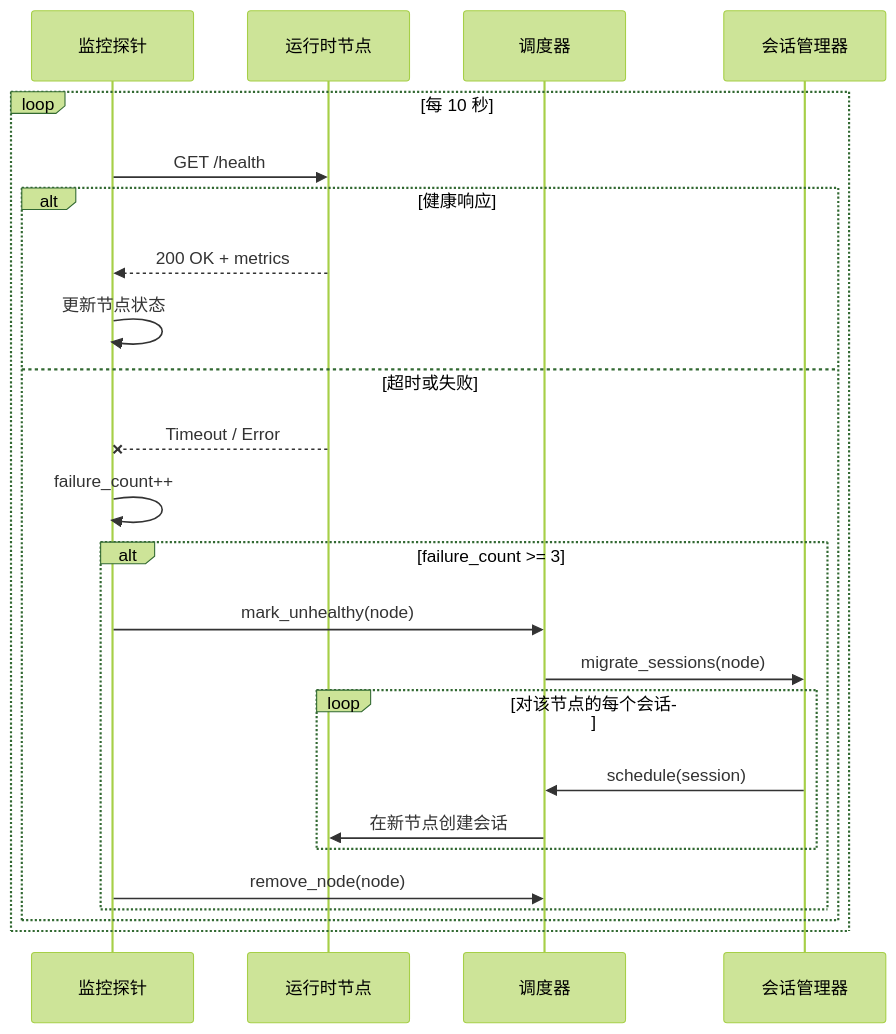
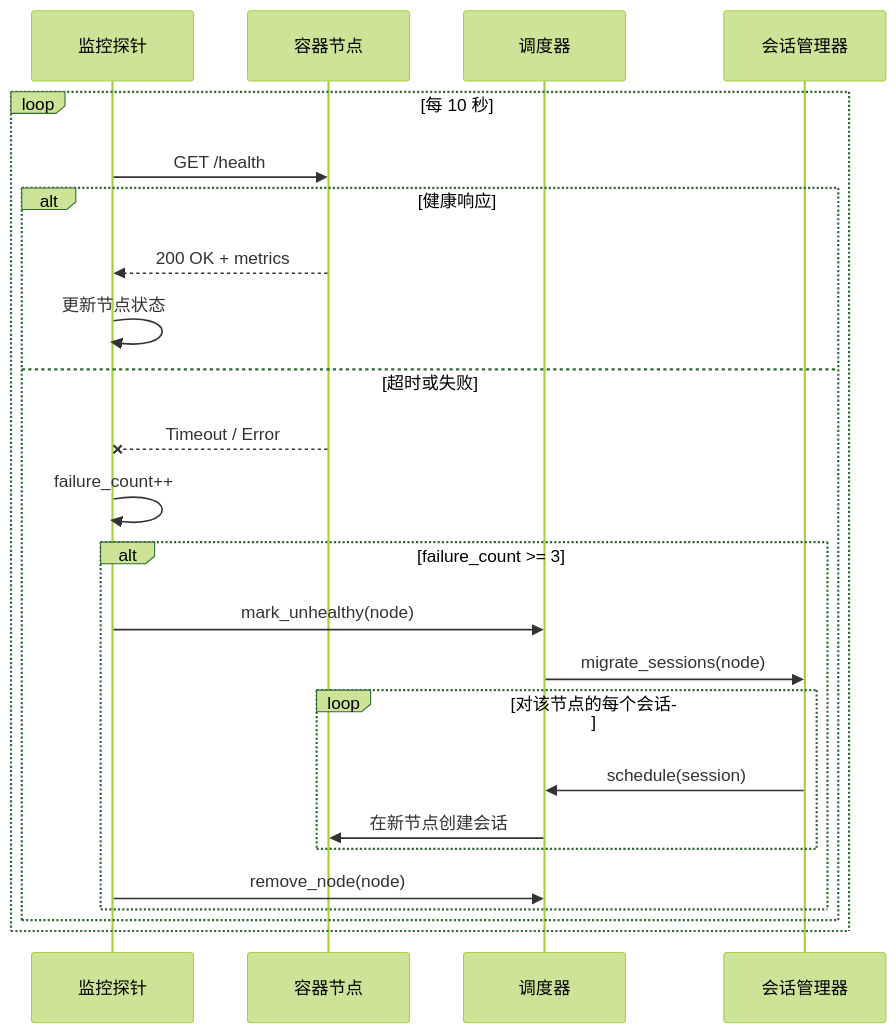
The sixth of 13 diagrams in docs/sandbox-design-v2.1.md (kweaver-ai/sandbox), drawn with Mermaid (forest theme) before and after one commit. The commit also changed other lines of this file and 8 other files, not shown here.

````diff
--- a/docs/sandbox-design-v2.1.md
+++ b/docs/sandbox-design-v2.1.md
@@ -1716,31 +1713,31 @@
 ```mermaid
 sequenceDiagram
     participant Probe as 监控探针
-    participant Runtime as 运行时节点
+    participant Runtime as 容器节点
     participant Scheduler as 调度器
     participant SessionMgr as 会话管理器
     
     loop 每 10 秒
         Probe->>Runtime: GET /health
         
         alt 健康响应
             Runtime-->>Probe: 200 OK + metrics
             Probe->>Probe: 更新节点状态
         else 超时或失败
             Runtime--xProbe: Timeout / Error
             Probe->>Probe: failure_count++
             
             alt failure_count >= 3
                 Probe->>Scheduler: mark_unhealthy(node)
                 Scheduler->>SessionMgr: migrate_sessions(node)
                 
                 loop 对该节点的每个会话
                     SessionMgr->>Scheduler: schedule(session)
                     Scheduler->>Runtime: 在新节点创建会话
                 end
                 
                 Probe->>Scheduler: remove_node(node)
             end
         end
     end
 ```
````
